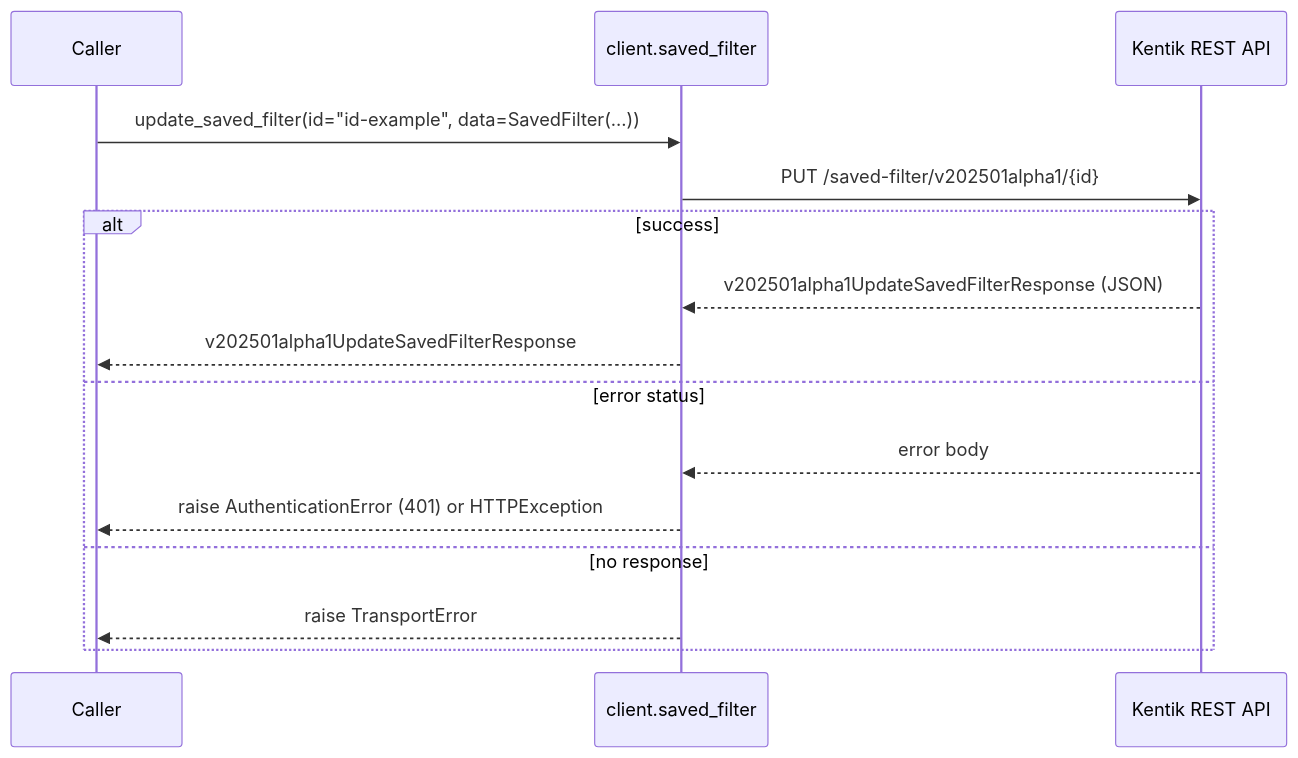
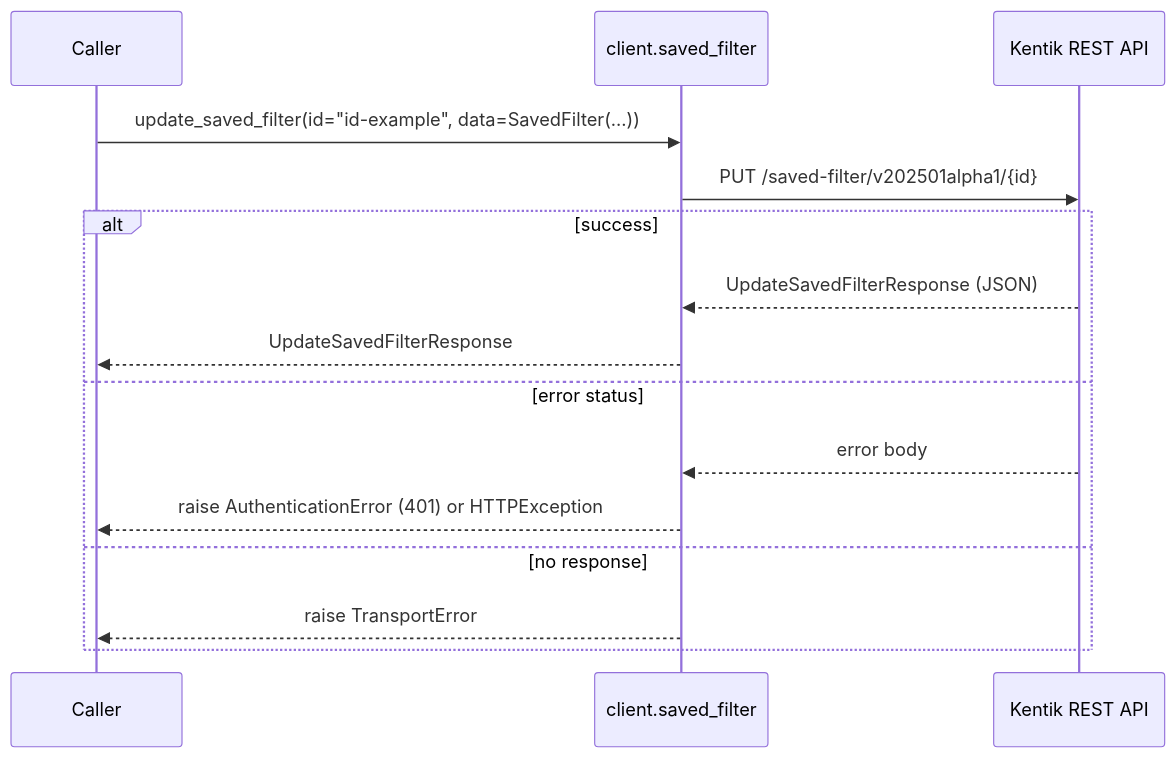
Before and after one commit to alexdearaujo/community_sdk_python: the sixth of 14 diagrams in docs/sphinx/services/saved_filter.md, drawn with Mermaid. The commit also changed other lines of this file and 38 other files, not shown here.

````diff
--- a/docs/sphinx/services/saved_filter.md
+++ b/docs/sphinx/services/saved_filter.md
@@ -190,18 +190,18 @@
 ```mermaid
 sequenceDiagram
     participant C as Caller
     participant W as client.saved_filter
     participant API as Kentik REST API
 
     C->>W: update_saved_filter(id="id-example", data=SavedFilter(...))
     W->>API: PUT /saved-filter/v202501alpha1/{id}
     alt success
-        API-->>W: v202501alpha1UpdateSavedFilterResponse (JSON)
-        W-->>C: v202501alpha1UpdateSavedFilterResponse
+        API-->>W: UpdateSavedFilterResponse (JSON)
+        W-->>C: UpdateSavedFilterResponse
     else error status
         API-->>W: error body
         W-->>C: raise AuthenticationError (401) or HTTPException
     else no response
         W-->>C: raise TransportError
     end
 ```
````
